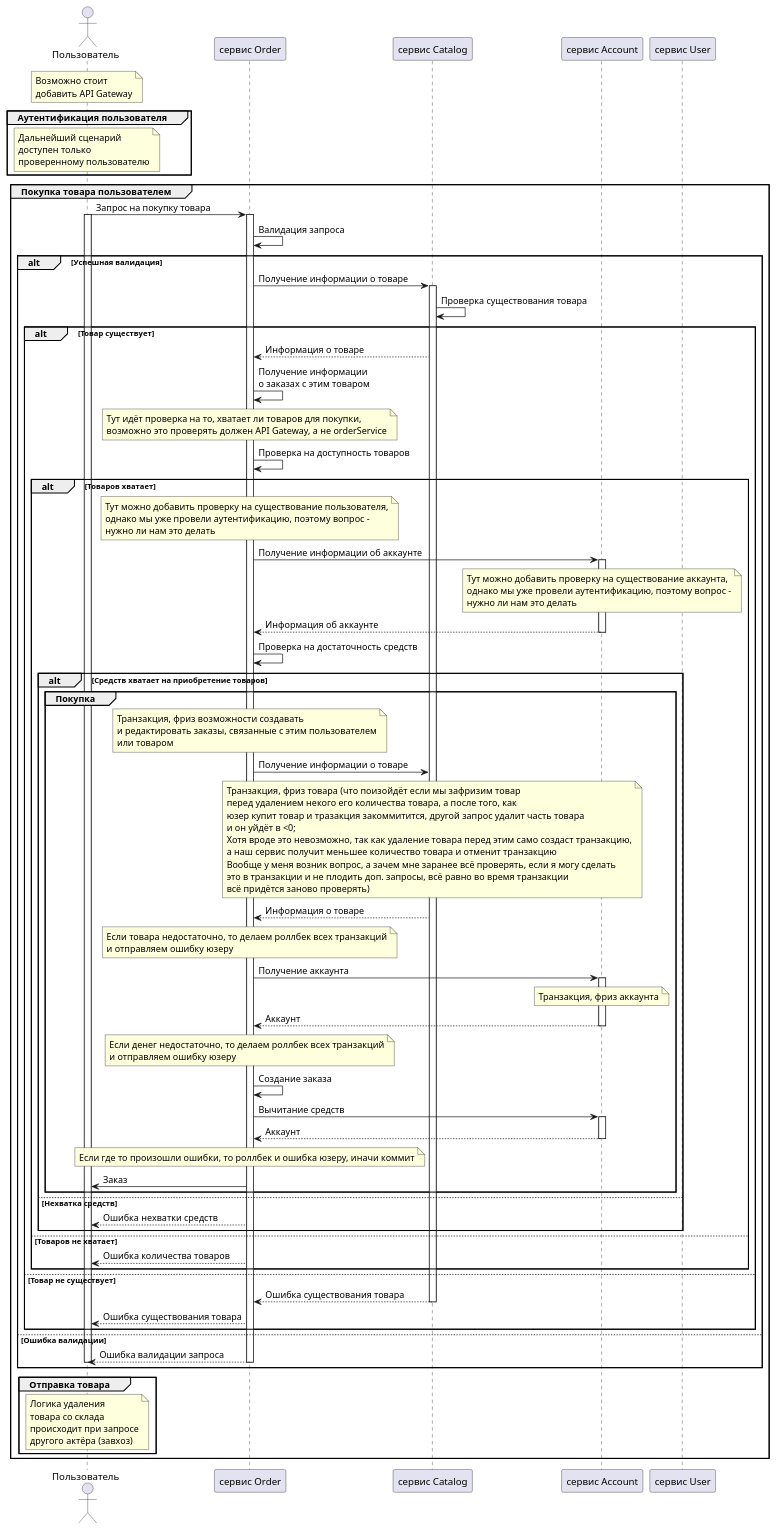
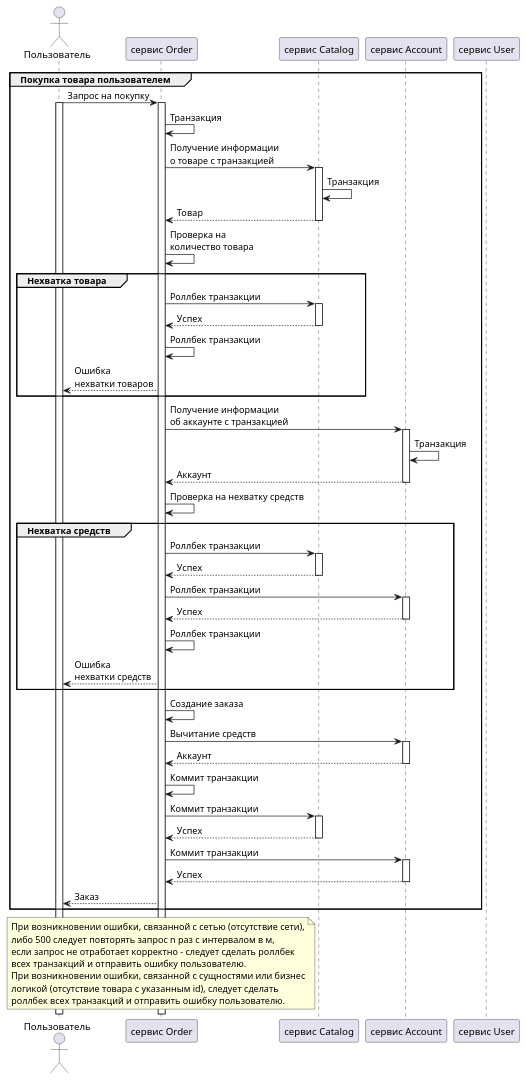
One commit to TBAPRUS/mconst.rpg.diagrams changed the diagram in Покупка товара пользователем.puml. Above: the diagram before and after it, drawn with PlantUML. The commit also changed 3 other files, not shown here.

```diff
--- a/Покупка товара пользователем.puml
+++ b/Покупка товара пользователем.puml
@@ -1,90 +1,74 @@
 @startuml
 'https://plantuml.com/sequence-diagram
 
 actor "Пользователь" as user
 participant "сервис Order" as orderService
 participant "сервис Catalog" as catalogService
 participant "сервис Account" as accountService
 participant "сервис User" as userService
 
-note over user: Возможно стоит\nдобавить API Gateway
-
-group Аутентификация пользователя
-    note over user: Дальнейший сценарий\nдоступен только\nпроверенному пользователю
+group Покупка товара пользователем
+    user -> orderService: Запрос на покупку
+    activate user
+    activate orderService
+    orderService -> orderService: Транзакция
+    orderService -> catalogService: Получение информации\nо товаре с транзакцией
+    activate catalogService
+    catalogService -> catalogService: Транзакция
+    orderService <-- catalogService: Товар
+    deactivate catalogService
+    orderService -> orderService: Проверка на\nколичество товара
+    group Нехватка товара
+        orderService -> catalogService: Роллбек транзакции
+        activate catalogService
+        orderService <-- catalogService: Успех
+        deactivate catalogService
+        orderService -> orderService: Роллбек транзакции
+        user <-- orderService: Ошибка\nнехватки товаров
+    end group
+    orderService -> accountService: Получение информации\nоб аккаунте с транзакцией
+    activate accountService
+    accountService -> accountService: Транзакция
+    orderService <-- accountService: Аккаунт
+    deactivate accountService
+    orderService -> orderService: Проверка на нехватку средств
+    group Нехватка средств
+        orderService -> catalogService: Роллбек транзакции
+        activate catalogService
+        orderService <-- catalogService: Успех
+        deactivate catalogService
+        orderService -> accountService: Роллбек транзакции
+        activate accountService
+        orderService <-- accountService: Успех
+        deactivate accountService
+        orderService -> orderService: Роллбек транзакции
+        user <-- orderService: Ошибка\nнехватки средств
+    end group
+    orderService -> orderService: Создание заказа
+    orderService -> accountService: Вычитание средств
+    activate accountService
+    orderService <-- accountService: Аккаунт
+    deactivate accountService
+    orderService -> orderService: Коммит транзакции
+    orderService -> catalogService: Коммит транзакции
+    activate catalogService
+    orderService <-- catalogService: Успех
+    deactivate catalogService
+    orderService -> accountService: Коммит транзакции
+    activate accountService
+    orderService <-- accountService: Успех
+    deactivate accountService
+    user <-- orderService: Заказ
 end group
 
-group Покупка товара пользователем
-    user -> orderService: Запрос на покупку товара
-    activate user
-    activate orderService
-    orderService -> orderService: Валидация запроса
-    alt Успешная валидация
-        orderService -> catalogService: Получение информации о товаре
-        activate catalogService
-        catalogService -> catalogService: Проверка существования товара
-        alt Товар существует
-            catalogService --> orderService: Информация о товаре
-            orderService -> orderService: Получение информации\nо заказах с этим товаром
-            note over orderService: Тут идёт проверка на то, хватает ли товаров для покупки,\nвозможно это проверять должен API Gateway, а не orderService
-            orderService -> orderService: Проверка на доступность товаров
-            alt Товаров хватает
-                note over orderService: Тут можно добавить проверку на существование пользователя,\nоднако мы уже провели аутентификацию, поэтому вопрос -\nнужно ли нам это делать
-                orderService -> accountService: Получение информации об аккаунте
-                activate accountService
-                note over accountService: Тут можно добавить проверку на существование аккаунта,\nоднако мы уже провели аутентификацию, поэтому вопрос -\nнужно ли нам это делать
-                accountService --> orderService: Информация об аккаунте
-                deactivate accountService
-                orderService -> orderService: Проверка на достаточность средств
-                alt Средств хватает на приобретение товаров
-                    group Покупка
-                        note over orderService: Транзакция, фриз возможности создавать\nи редактировать заказы, связанные с этим пользователем\nили товаром
-                        orderService -> catalogService: Получение информации о товаре
-                        note over catalogService
-                            Транзакция, фриз товара (что поизойдёт если мы зафризим товар
-                            перед удалением некого его количества товара, а после того, как
-                            юзер купит товар и тразакция закоммитится, другой запрос удалит часть товара
-                            и он уйдёт в <0;
-                            Хотя вроде это невозможно, так как удаление товара перед этим само создаст транзакцию,
-                            а наш сервис получит меньшее количество товара и отменит транзакцию
-                            Вообще у меня возник вопрос, а зачем мне заранее всё проверять, если я могу сделать
-                            это в транзакции и не плодить доп. запросы, всё равно во время транзакции
-                            всё придётся заново проверять)
-                        end note
-                        catalogService --> orderService: Информация о товаре
-                        note over orderService: Если товара недостаточно, то делаем роллбек всех транзакций\nи отправляем ошибку юзеру
-                        orderService -> accountService: Получение аккаунта
-                        activate accountService
-                        note over accountService: Транзакция, фриз аккаунта
-                        accountService --> orderService: Аккаунт
-                        deactivate accountService
-                        note over orderService: Если денег недостаточно, то делаем роллбек всех транзакций\nи отправляем ошибку юзеру
-                        orderService -> orderService: Создание заказа
-                        orderService -> accountService: Вычитание средств
-                        activate accountService
-                        accountService --> orderService: Аккаунт
-                        deactivate accountService
-                        note over orderService: Если где то произошли ошибки, то роллбек и ошибка юзеру, иначи коммит
-                        orderService -> user: Заказ
-                    end group
-                else Нехватка средств
-                    orderService --> user: Ошибка нехватки средств
-                end
-            else Товаров не хватает
-                orderService --> user: Ошибка количества товаров
-            end
-        else Товар не существует
-            catalogService --> orderService: Ошибка существования товара
-            deactivate catalogService
-            orderService --> user: Ошибка существования товара
-        end
-    else Ошибка валидации
-        orderService --> user: Ошибка валидации запроса
-        deactivate user
-        deactivate orderService
-    end
-    group Отправка товара
-        note over user: Логика удаления\nтовара со склада\nпроисходит при запросе\nдругого актёра (завхоз)
-    end
-end group
+note over orderService
+При возникновении ошибки, связанной с сетью (отсутствие сети),
+либо 500 следует повторять запрос n раз с интервалом в м,
+если запрос не отработает корректно - следует сделать роллбек
+всех транзакций и отправить ошибку пользователю.
+При возникновении ошибки, связанной с сущностями или бизнес
+логикой (отсутствие товара с указанным id), следует сделать
+роллбек всех транзакций и отправить ошибку пользователю.
+end note
 
 @enduml
```
